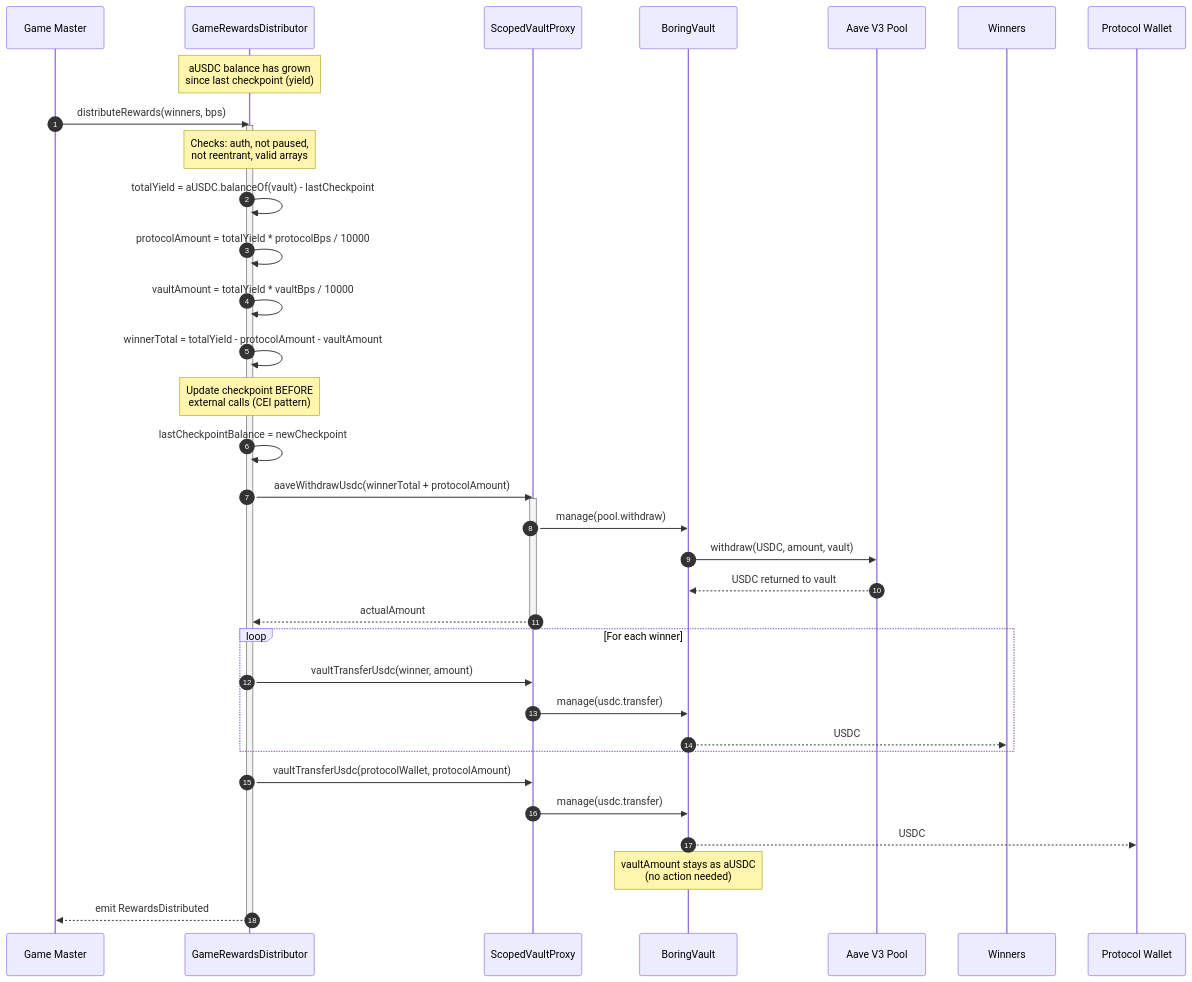
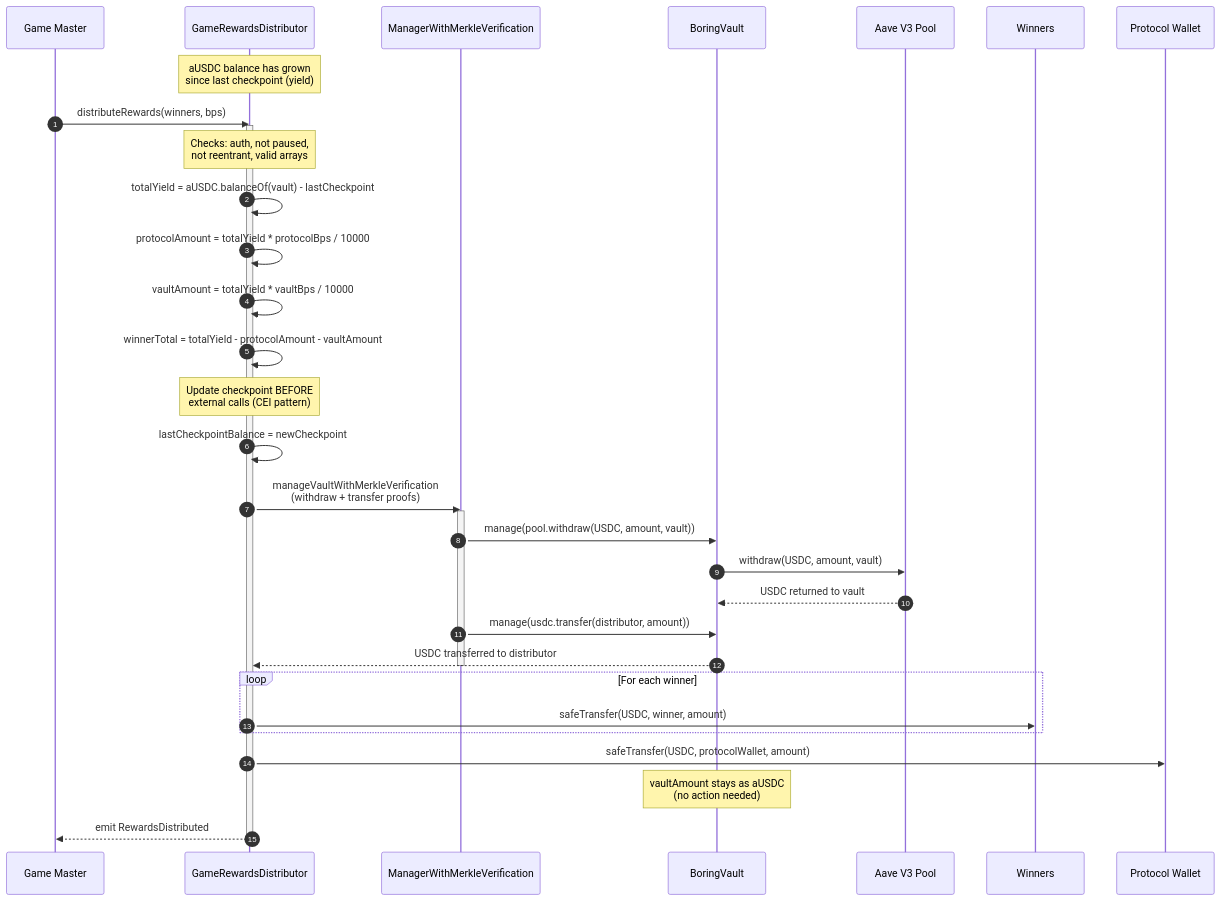
One commit to corbinpage/clawtogether-contracts changed the second of 7 diagrams in docs/architecture.md. Above: the diagram before and after it, drawn with Mermaid. The commit also changed other lines of this file and 4 other files, not shown here.

Commit message:
Rename gyvUSDC to clawUSDC and update docs for ManagerWithMerkleVerification

````diff
--- a/docs/architecture.md
+++ b/docs/architecture.md
@@ -81,49 +82,46 @@
 ```mermaid
 sequenceDiagram
     autonumber
     participant GM as Game Master
     participant DIST as GameRewardsDistributor
-    participant PROXY as ScopedVaultProxy
+    participant MGR as ManagerWithMerkleVerification
     participant VAULT as BoringVault
     participant AAVE as Aave V3 Pool
     participant W as Winners
     participant P as Protocol Wallet
 
     Note over DIST: aUSDC balance has grown<br/>since last checkpoint (yield)
 
     GM->>DIST: distributeRewards(winners, bps)
     activate DIST
 
     Note over DIST: Checks: auth, not paused,<br/>not reentrant, valid arrays
 
     DIST->>DIST: totalYield = aUSDC.balanceOf(vault) - lastCheckpoint
     DIST->>DIST: protocolAmount = totalYield * protocolBps / 10000
     DIST->>DIST: vaultAmount = totalYield * vaultBps / 10000
     DIST->>DIST: winnerTotal = totalYield - protocolAmount - vaultAmount
 
     Note over DIST: Update checkpoint BEFORE<br/>external calls (CEI pattern)
     DIST->>DIST: lastCheckpointBalance = newCheckpoint
 
-    DIST->>PROXY: aaveWithdrawUsdc(winnerTotal + protocolAmount)
-    activate PROXY
-    PROXY->>VAULT: manage(pool.withdraw)
+    DIST->>MGR: manageVaultWithMerkleVerification<br/>(withdraw + transfer proofs)
+    activate MGR
+    MGR->>VAULT: manage(pool.withdraw(USDC, amount, vault))
     VAULT->>AAVE: withdraw(USDC, amount, vault)
     AAVE-->>VAULT: USDC returned to vault
-    PROXY-->>DIST: actualAmount
-    deactivate PROXY
+    MGR->>VAULT: manage(usdc.transfer(distributor, amount))
+    VAULT-->>DIST: USDC transferred to distributor
+    deactivate MGR
 
     loop For each winner
-        DIST->>PROXY: vaultTransferUsdc(winner, amount)
-        PROXY->>VAULT: manage(usdc.transfer)
-        VAULT-->>W: USDC
+        DIST->>W: safeTransfer(USDC, winner, amount)
     end
 
-    DIST->>PROXY: vaultTransferUsdc(protocolWallet, protocolAmount)
-    PROXY->>VAULT: manage(usdc.transfer)
-    VAULT-->>P: USDC
+    DIST->>P: safeTransfer(USDC, protocolWallet, amount)
 
     Note over VAULT: vaultAmount stays as aUSDC<br/>(no action needed)
 
     DIST-->>GM: emit RewardsDistributed
     deactivate DIST
 ```
````
